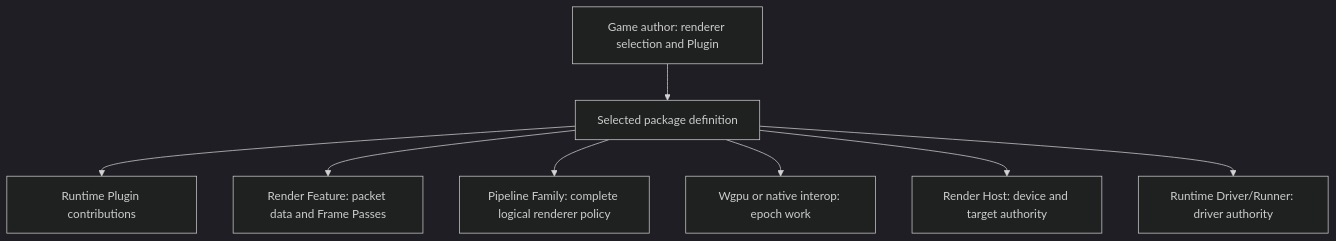
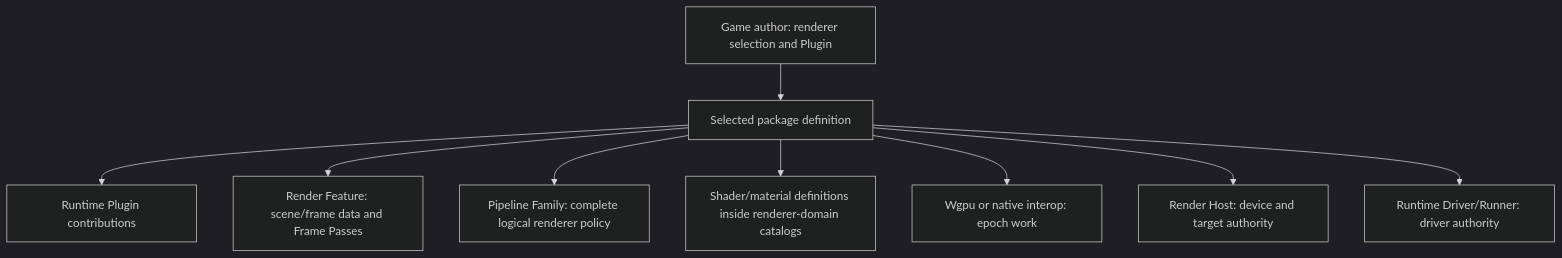
One commit to Latias94/nara changed the second of 2 diagrams in docs/plans/2026-07-15-001-feat-render-extension-parity-tracers-plan.md. Above: the diagram before and after it, drawn with Mermaid (dark theme). The commit also changed other lines of this file and 3 other files, not shown here.

First line of the commit message:
docs(architecture): qualify renderer extension demand

````diff
--- a/docs/plans/2026-07-15-001-feat-render-extension-parity-tracers-plan.md
+++ b/docs/plans/2026-07-15-001-feat-render-extension-parity-tracers-plan.md
@@ -217,10 +238,11 @@
 ```mermaid
 flowchart TB
     Author[Game author: renderer selection and Plugin] --> Package[Selected package definition]
     Package --> Runtime[Runtime Plugin contributions]
-    Package --> Feature[Render Feature: packet data and Frame Passes]
+    Package --> Feature[Render Feature: scene/frame data and Frame Passes]
     Package --> Family[Pipeline Family: complete logical renderer policy]
+    Package --> Shader[Shader/material definitions inside renderer-domain catalogs]
     Package --> Interop[Wgpu or native interop: epoch work]
     Package --> Host[Render Host: device and target authority]
     Package --> Runner[Runtime Driver/Runner: driver authority]
 ```
````
